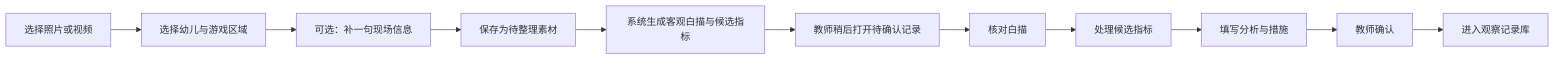
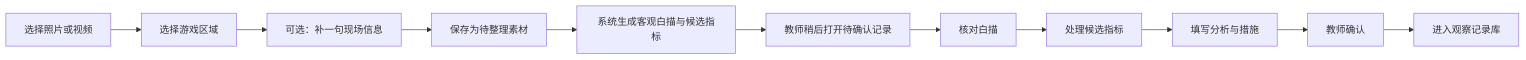
One commit to cc741035412-boop/bangbang changed the first of 2 diagrams in docs/mvp-user-flow.md. Above: the diagram before and after it, drawn with Mermaid. The commit also changed other lines of this file and 8 other files, not shown here.

````diff
--- a/docs/mvp-user-flow.md
+++ b/docs/mvp-user-flow.md
@@ -14,13 +14,13 @@
 ```mermaid
 flowchart LR
-    A[选择照片或视频] --> B[选择幼儿与游戏区域]
+    A[选择照片或视频] --> B[选择游戏区域]
     B --> C[可选：补一句现场信息]
     C --> D[保存为待整理素材]
     D --> E[系统生成客观白描与候选指标]
     E --> F[教师稍后打开待确认记录]
     F --> G[核对白描]
     G --> H[处理候选指标]
     H --> I[填写分析与措施]
     I --> J[教师确认]
     J --> K[进入观察记录库]
 ```
````
